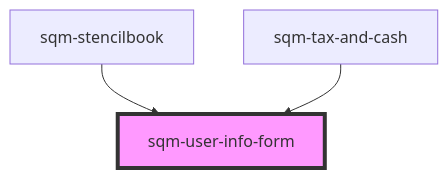
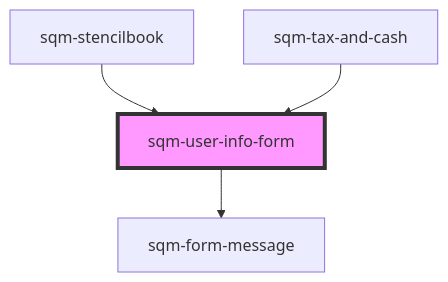
One commit to saasquatch/program-tools changed the diagram in packages/mint-components/src/components/tax-and-cash/sqm-user-info-form/readme.md. Above: the diagram before and after it, drawn with Mermaid. The commit also changed other lines of this file and 11 other files, not shown here.

````diff
--- a/packages/mint-components/src/components/tax-and-cash/sqm-user-info-form/readme.md
+++ b/packages/mint-components/src/components/tax-and-cash/sqm-user-info-form/readme.md
@@ -55,6 +59,7 @@
 ```mermaid
 graph TD;
+  sqm-user-info-form --> sqm-form-message
   sqm-stencilbook --> sqm-user-info-form
   sqm-tax-and-cash --> sqm-user-info-form
   style sqm-user-info-form fill:#f9f,stroke:#333,stroke-width:4px
 ```
````
